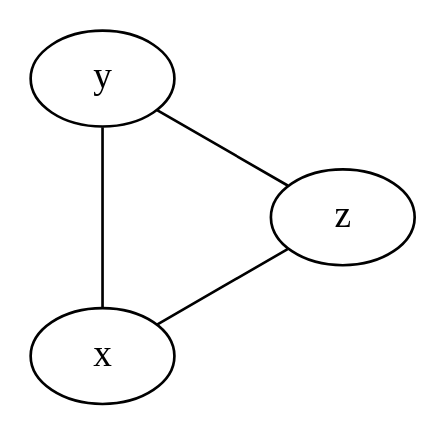
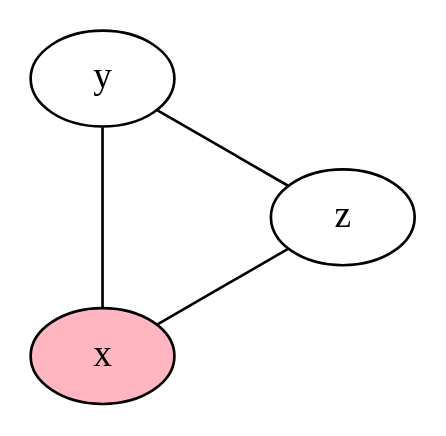
Before and after one commit to tangerine715/ICS46_project5: the diagram in tst/graphs/simple_success.dot, drawn with Graphviz. The commit also changed 7 other files, not shown here.

```diff
--- a/tst/graphs/simple_success.dot
+++ b/tst/graphs/simple_success.dot
@@ -1,9 +1,9 @@
 graph {
 graph [layout=circo]
-x [style="filled", fillcolor=white]
+x [style="filled", fillcolor=lightpink]
 y [style="filled", fillcolor=white]
 z [style="filled", fillcolor=white]
 x -- z
 x -- y
 y -- z
 }
```
